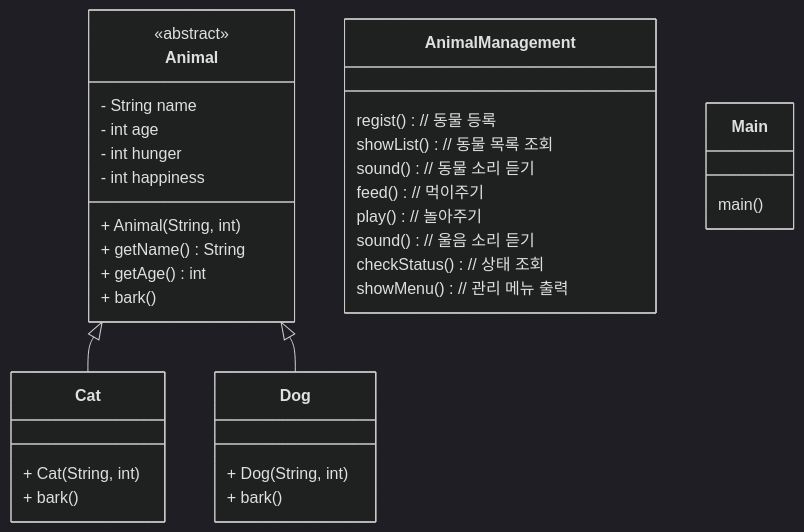
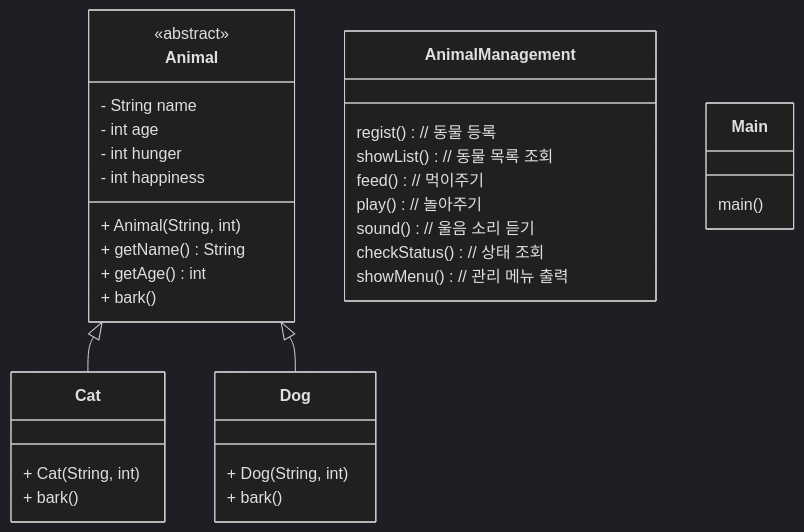
The diagram in README.md (foresty110/AnimalManager), drawn with Mermaid (dark theme) before and after one commit.

Commit message:
docs : README 업데이트
animalManagement의 중복 매서드 제거

````diff
--- a/README.md
+++ b/README.md
@@ -4,43 +4,42 @@
 ```mermaid
 classDiagram
 
 class Animal {
 <<abstract>>
   - String name
   - int age
   - int hunger
   - int happiness
   + Animal(String, int)
   + getName() String
   + getAge() int
   + bark()
 }
 
 class Dog {
   + Dog(String, int)
   + bark()
 }
 
 class Cat {
   + Cat(String, int)
   + bark() 
 }
 
 class AnimalManagement{
   regist() // 동물 등록
   showList() // 동물 목록 조회 
-  sound() // 동물 소리 듣기 
   feed() // 먹이주기
   play() // 놀아주기
   sound() // 울음 소리 듣기 
   checkStatus() // 상태 조회
   showMenu() // 관리 메뉴 출력
 }
 
 class Main {
 	main()
 }
 
 Animal <|-- Cat
 Animal <|-- Dog
 ```
````
